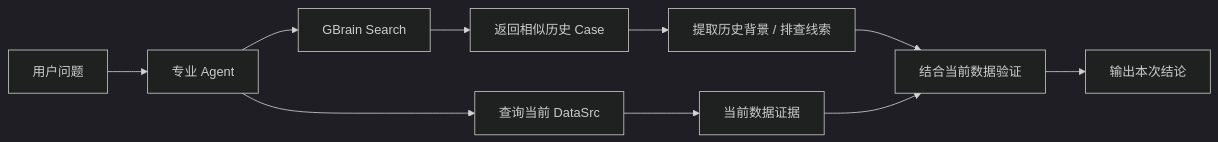
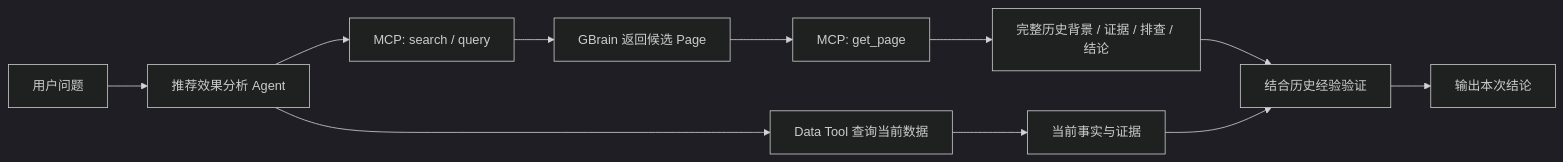
One commit to sgfd-ui/internship changed the fifth of 7 diagrams in weekly-report/gbrain-dify-shared-knowledge.md. Above: the diagram before and after it, drawn with Mermaid (dark theme). The commit also changed other lines of this file, not shown here.

Commit message:
refine GBrain MCP integration and deployment

````diff
--- a/weekly-report/gbrain-dify-shared-knowledge.md
+++ b/weekly-report/gbrain-dify-shared-knowledge.md
@@ -139,15 +189,17 @@
 ```mermaid
 flowchart LR
     A[用户问题]
-    --> B[专业 Agent]
-    --> C[GBrain Search]
-    --> D[返回相似历史 Case]
-    --> E[提取历史背景 / 排查线索]
+    --> B[推荐效果分析 Agent]
 
-    B --> F[查询当前 DataSrc]
-    F --> G[当前数据证据]
+    B --> C[MCP: search / query]
+    C --> D[GBrain 返回候选 Page]
+    D --> E[MCP: get_page]
+    E --> F[完整历史背景 / 证据 / 排查 / 结论]
 
-    E --> H[结合当前数据验证]
-    G --> H
-    H --> I[输出本次结论]
+    B --> G[Data Tool 查询当前数据]
+    G --> H[当前事实与证据]
+
+    F --> I[结合历史经验验证]
+    H --> I
+    I --> J[输出本次结论]
 ```
````
